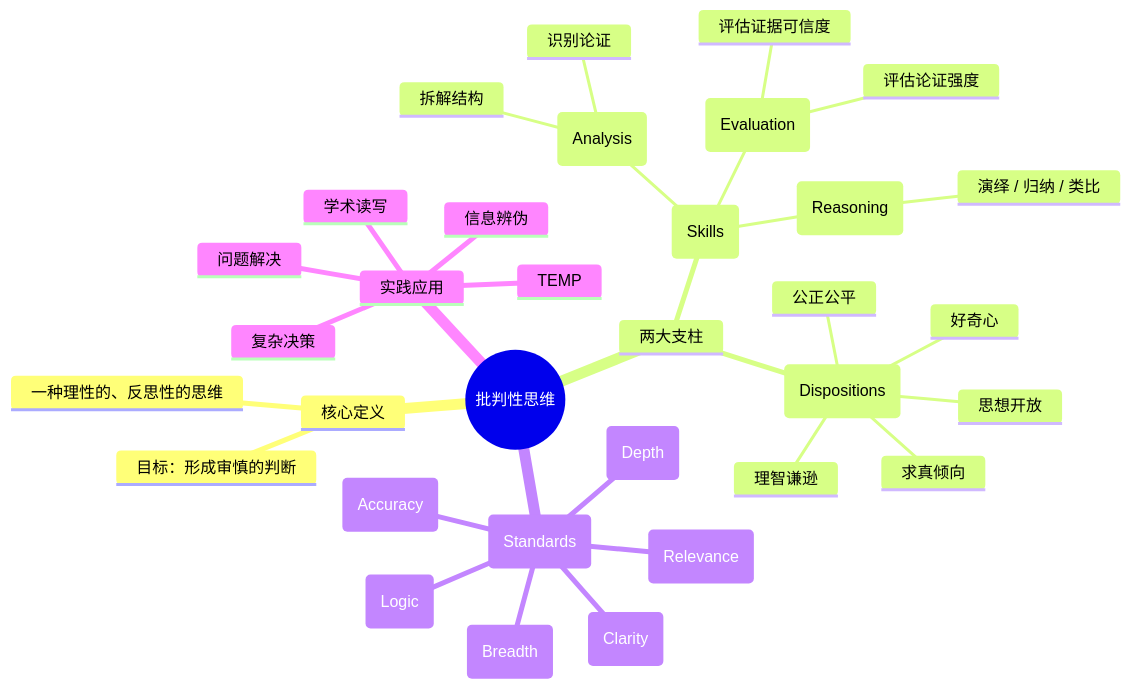
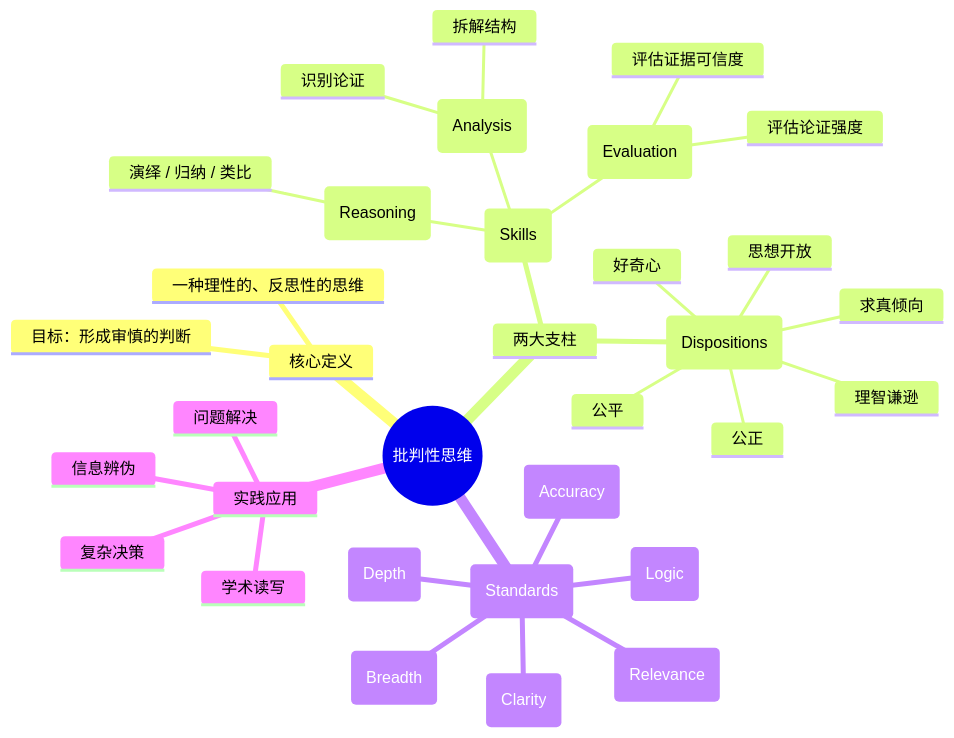
Before and after one commit to adaliu888/PrimarySecondaryEducatio: the diagram in 03-逻辑思维教育/03-02-批判性思维-知识图谱.md, drawn with Mermaid. The commit also changed other lines of this file and 16 other files, not shown here.

````diff
--- a/03-逻辑思维教育/03-02-批判性思维-知识图谱.md
+++ b/03-逻辑思维教育/03-02-批判性思维-知识图谱.md
@@ -3,36 +3,36 @@
 ```mermaid
 mindmap
   root((批判性思维))
     核心定义
       一种理性的、反思性的思维
       目标：形成审慎的判断
     两大支柱
       思维技能 (Skills)
         分析 (Analysis)
           识别论证
           拆解结构
         推理 (Reasoning)
           演绎 / 归纳 / 类比
         评价 (Evaluation)
           评估证据可信度
           评估论证强度
       思维品格 (Dispositions)
         求真倾向
         思想开放
         理智谦逊
-        公正公平
+        公正
+        公平
         好奇心
     评价标尺 (Standards)
       清晰性 (Clarity)
       准确性 (Accuracy)
       相关性 (Relevance)
       逻辑性 (Logic)
       深度 (Depth)
       广度 (Breadth)
     实践应用
       信息辨伪
       复杂决策
       问题解决
       学术读写
-      TEMP
 ``` 
````
